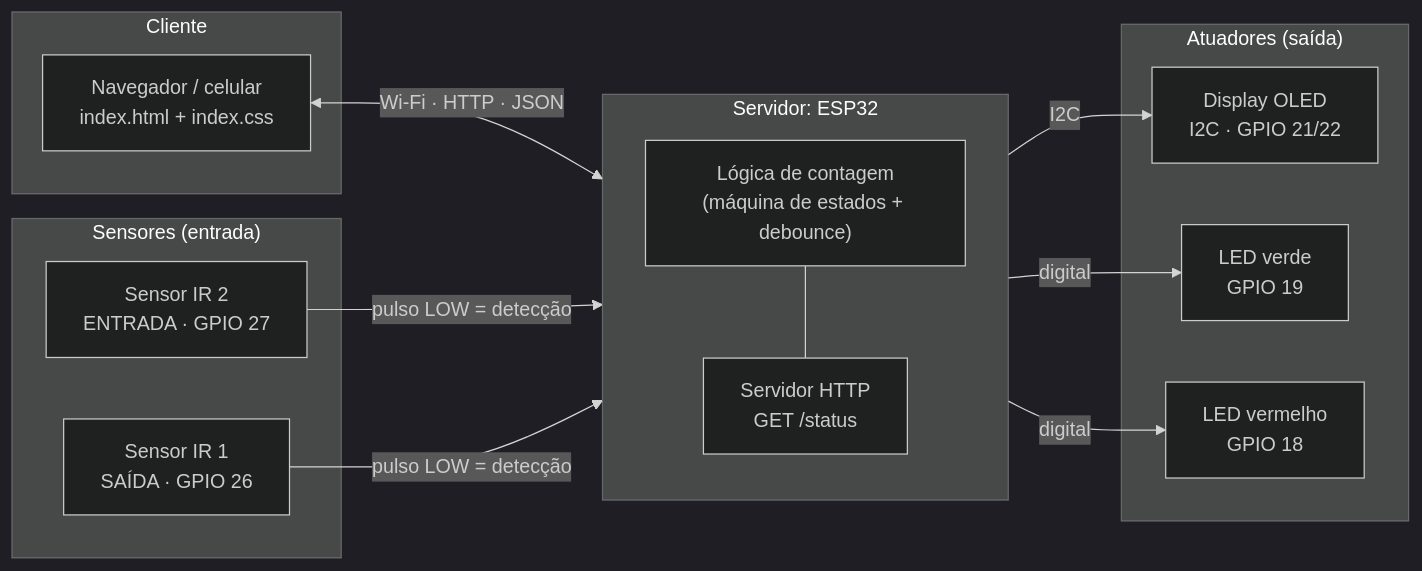
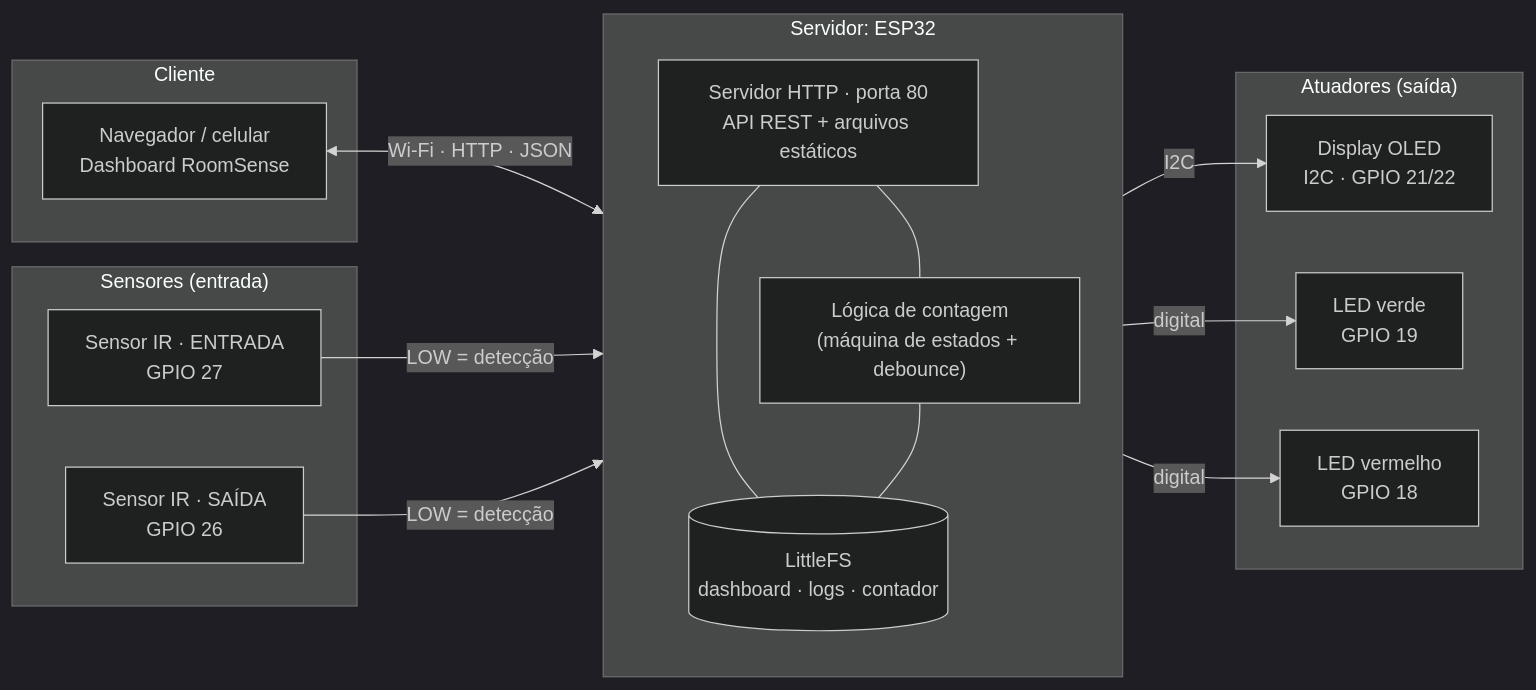
The first of 3 diagrams in README.md (Jaaoozinho007/Projeto-RoomSense), drawn with Mermaid (dark theme) before and after one commit. The commit also changed other lines of this file, not shown here.

First line of the commit message:
Revise README for RoomSense project details

````diff
--- a/README.md
+++ b/README.md
@@ -50,31 +64,34 @@
 ```mermaid
 flowchart LR
     subgraph CLIENTE["Cliente"]
-        WEB["Navegador / celular<br/>index.html + index.css"]
+        WEB["Navegador / celular<br/>Dashboard RoomSense"]
     end
 
     subgraph SERVIDOR["Servidor: ESP32"]
         direction TB
+        HTTP["Servidor HTTP · porta 80<br/>API REST + arquivos estáticos"]
         LOGICA["Lógica de contagem<br/>(máquina de estados + debounce)"]
-        HTTP["Servidor HTTP<br/>GET /status"]
-        LOGICA --- HTTP
+        FS[("LittleFS<br/>dashboard · logs · contador")]
+        HTTP --- LOGICA
+        HTTP --- FS
+        LOGICA --- FS
     end
 
     subgraph SENSORES["Sensores (entrada)"]
-        IRE["Sensor IR 2<br/>ENTRADA · GPIO 27"]
-        IRS["Sensor IR 1<br/>SAÍDA · GPIO 26"]
+        IRE["Sensor IR · ENTRADA<br/>GPIO 27"]
+        IRS["Sensor IR · SAÍDA<br/>GPIO 26"]
     end
 
     subgraph ATUADORES["Atuadores (saída)"]
         OLED["Display OLED<br/>I2C · GPIO 21/22"]
         LEDV["LED verde<br/>GPIO 19"]
         LEDR["LED vermelho<br/>GPIO 18"]
     end
 
     WEB <-->|"Wi-Fi · HTTP · JSON"| HTTP
-    IRE -->|"pulso LOW = detecção"| LOGICA
-    IRS -->|"pulso LOW = detecção"| LOGICA
+    IRE -->|"LOW = detecção"| LOGICA
+    IRS -->|"LOW = detecção"| LOGICA
     LOGICA -->|"I2C"| OLED
     LOGICA -->|"digital"| LEDV
     LOGICA -->|"digital"| LEDR
 ```
````
